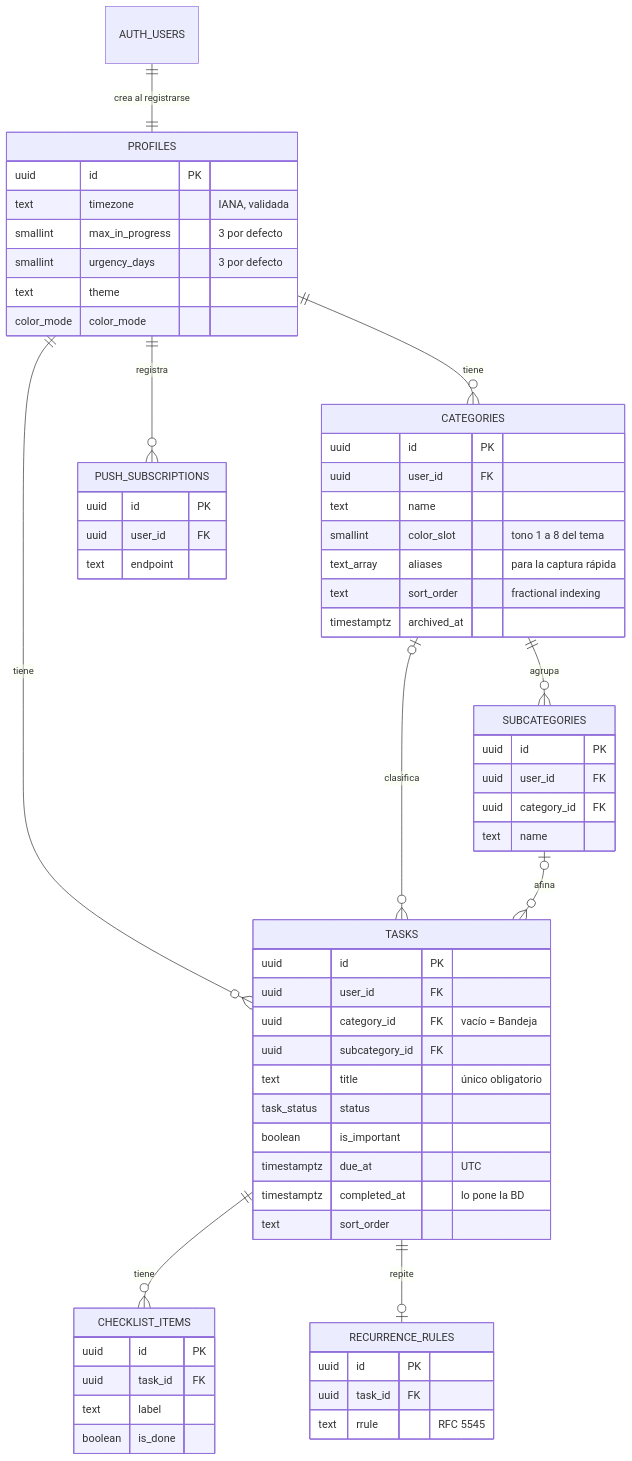
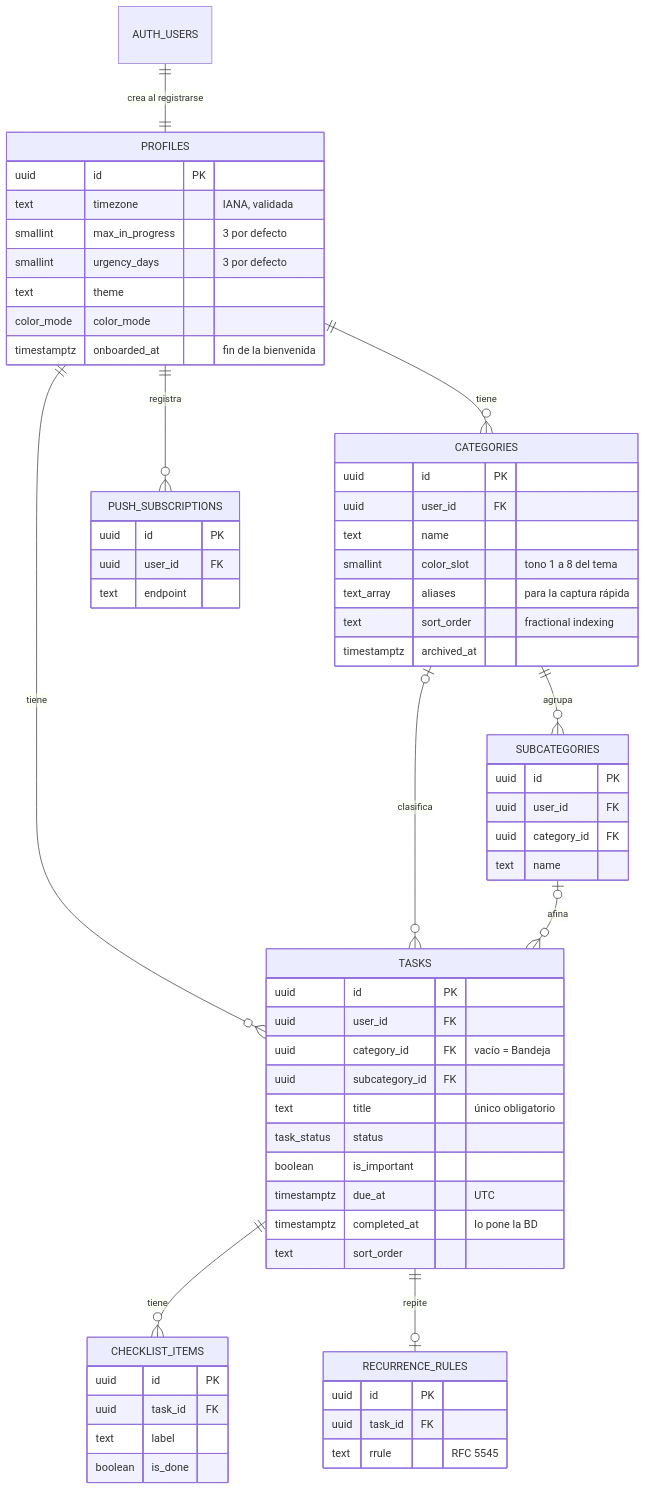
The diagram in docs/database.md (ecarcamo/Hitori), drawn with Mermaid before and after one commit. The commit also changed 80 other files, not shown here.

````diff
--- a/docs/database.md
+++ b/docs/database.md
@@ -7,64 +7,65 @@
 ```mermaid
 erDiagram
     AUTH_USERS ||--|| PROFILES : "crea al registrarse"
     PROFILES ||--o{ CATEGORIES : tiene
     PROFILES ||--o{ TASKS : tiene
     PROFILES ||--o{ PUSH_SUBSCRIPTIONS : registra
     CATEGORIES ||--o{ SUBCATEGORIES : agrupa
     CATEGORIES |o--o{ TASKS : clasifica
     SUBCATEGORIES |o--o{ TASKS : afina
     TASKS ||--o{ CHECKLIST_ITEMS : tiene
     TASKS ||--o| RECURRENCE_RULES : repite
 
     PROFILES {
         uuid id PK
         text timezone "IANA, validada"
         smallint max_in_progress "3 por defecto"
         smallint urgency_days "3 por defecto"
         text theme
         color_mode color_mode
+        timestamptz onboarded_at "fin de la bienvenida"
     }
     CATEGORIES {
         uuid id PK
         uuid user_id FK
         text name
         smallint color_slot "tono 1 a 8 del tema"
         text_array aliases "para la captura rápida"
         text sort_order "fractional indexing"
         timestamptz archived_at
     }
     SUBCATEGORIES {
         uuid id PK
         uuid user_id FK
         uuid category_id FK
         text name
     }
     TASKS {
         uuid id PK
         uuid user_id FK
         uuid category_id FK "vacío = Bandeja"
         uuid subcategory_id FK
         text title "único obligatorio"
         task_status status
         boolean is_important
         timestamptz due_at "UTC"
         timestamptz completed_at "lo pone la BD"
         text sort_order
     }
     CHECKLIST_ITEMS {
         uuid id PK
         uuid task_id FK
         text label
         boolean is_done
     }
     RECURRENCE_RULES {
         uuid id PK
         uuid task_id FK
         text rrule "RFC 5545"
     }
     PUSH_SUBSCRIPTIONS {
         uuid id PK
         uuid user_id FK
         text endpoint
     }
 ```
````
